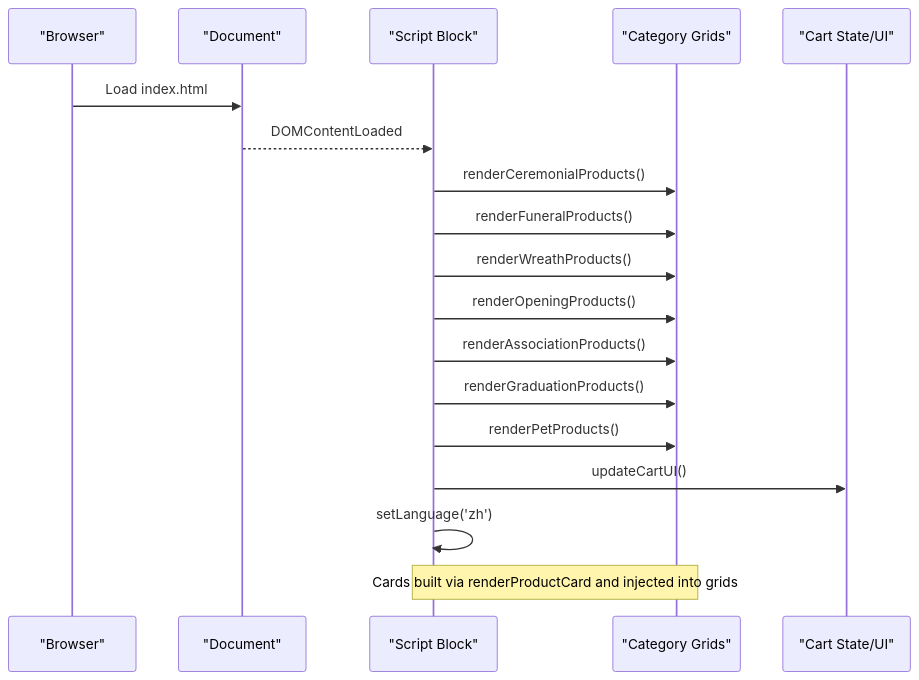
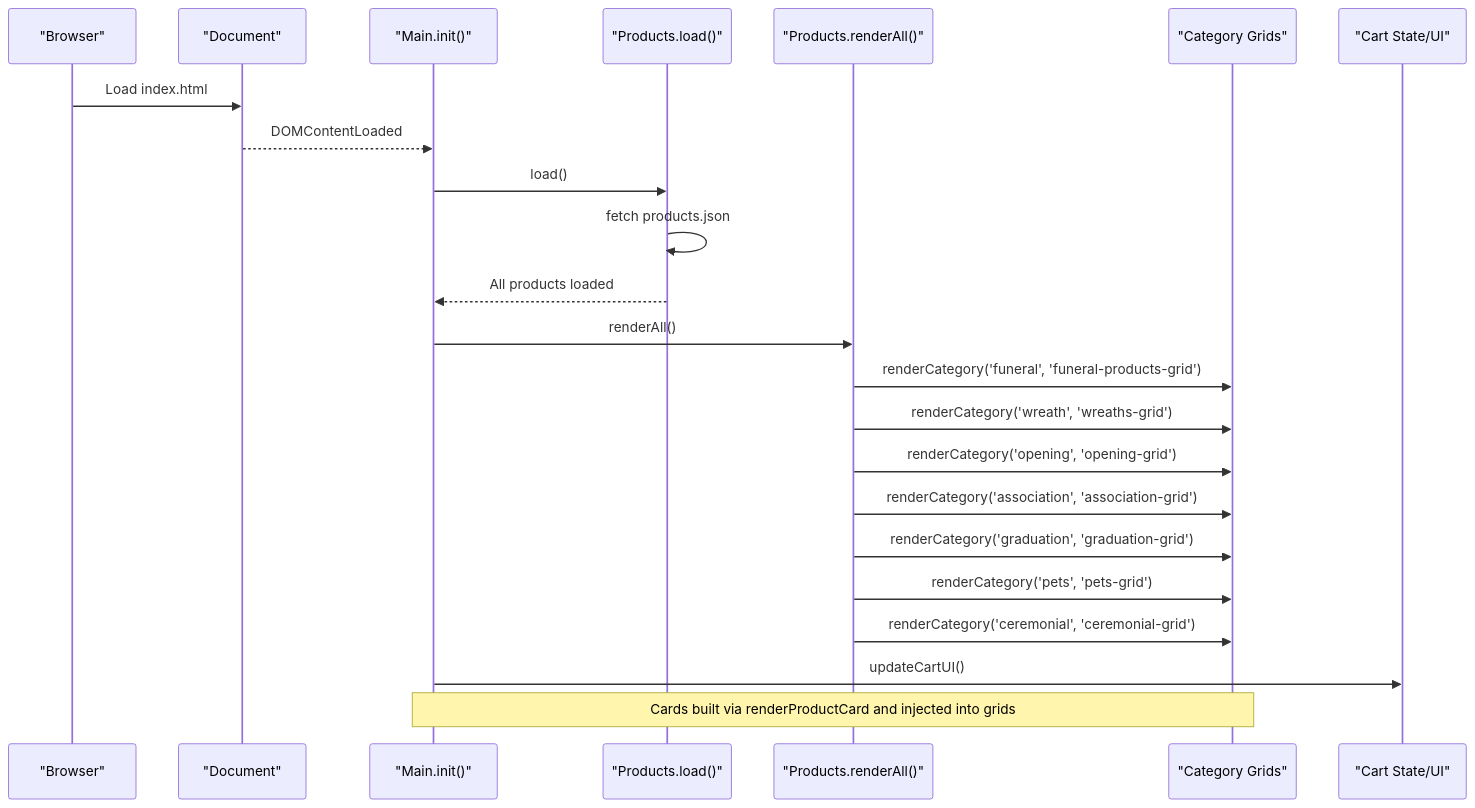
Before and after one commit to queenflowerhk/queenflowerhk.github.io: the second of 6 diagrams in .qoder/repowiki/en/content/Product Management System/Dynamic Product Rendering.md, drawn with Mermaid. The commit also changed other lines of this file and 20 other files, not shown here.

````diff
--- a/.qoder/repowiki/en/content/Product Management System/Dynamic Product Rendering.md
+++ b/.qoder/repowiki/en/content/Product Management System/Dynamic Product Rendering.md
@@ -81,20 +97,25 @@
 ```mermaid
 sequenceDiagram
 participant Browser as "Browser"
 participant DOM as "Document"
-participant App as "Script Block"
+participant Main as "Main.init()"
+participant Products as "Products.load()"
+participant Render as "Products.renderAll()"
 participant Grid as "Category Grids"
 participant Cart as "Cart State/UI"
 Browser->>DOM : Load index.html
-DOM-->>App : DOMContentLoaded
-App->>Grid : renderCeremonialProducts()
-App->>Grid : renderFuneralProducts()
-App->>Grid : renderWreathProducts()
-App->>Grid : renderOpeningProducts()
-App->>Grid : renderAssociationProducts()
-App->>Grid : renderGraduationProducts()
-App->>Grid : renderPetProducts()
-App->>Cart : updateCartUI()
-App->>App : setLanguage('zh')
-Note over App,Grid : Cards built via renderProductCard and injected into grids
+DOM-->>Main : DOMContentLoaded
+Main->>Products : load()
+Products->>Products : fetch products.json
+Products-->>Main : All products loaded
+Main->>Render : renderAll()
+Render->>Grid : renderCategory('funeral', 'funeral-products-grid')
+Render->>Grid : renderCategory('wreath', 'wreaths-grid')
+Render->>Grid : renderCategory('opening', 'opening-grid')
+Render->>Grid : renderCategory('association', 'association-grid')
+Render->>Grid : renderCategory('graduation', 'graduation-grid')
+Render->>Grid : renderCategory('pets', 'pets-grid')
+Render->>Grid : renderCategory('ceremonial', 'ceremonial-grid')
+Main->>Cart : updateCartUI()
+Note over Main,Grid : Cards built via renderProductCard and injected into grids
 ```
````
